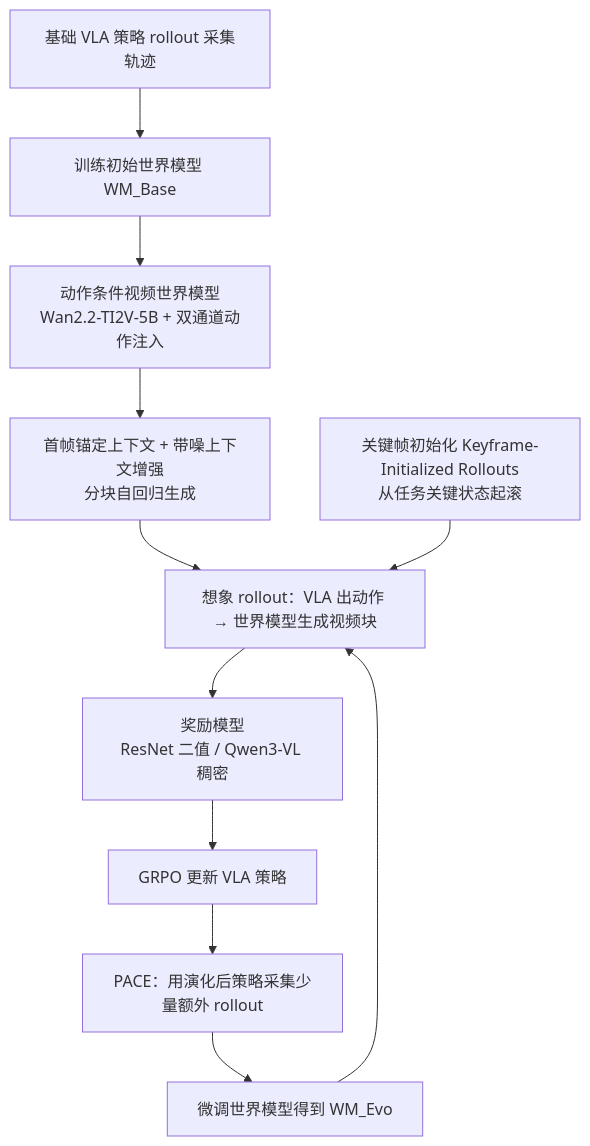
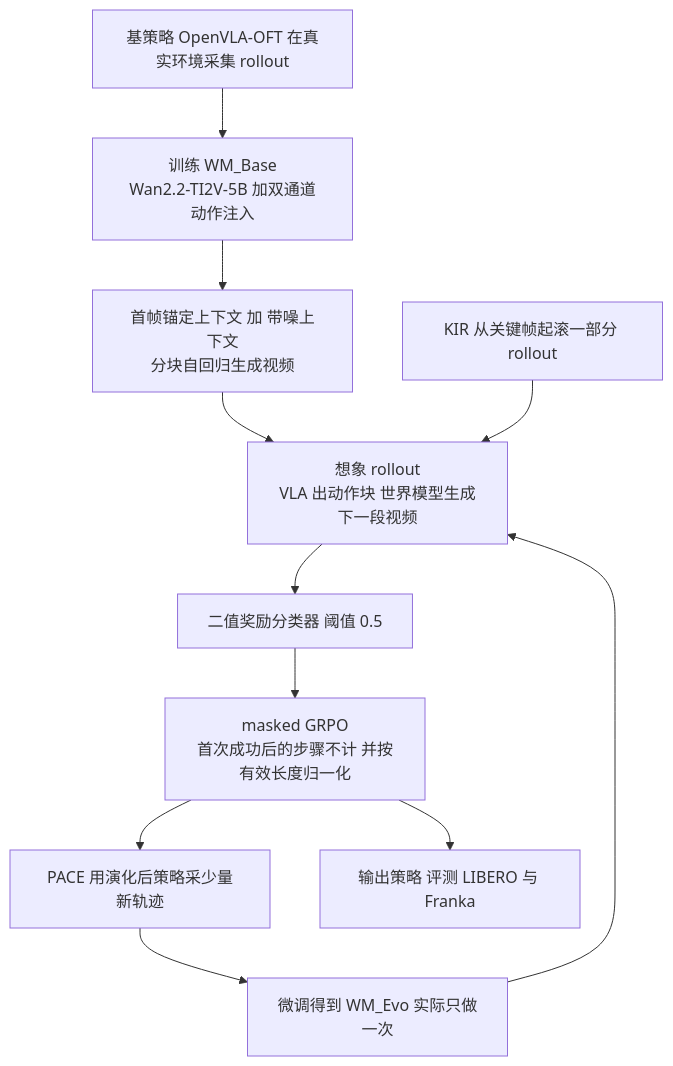
Before and after one commit to ImChong/Robotics_Notebooks: the diagram in wiki/entities/paper-rcl-2602-13977-wovr-world-models-as-reliable-simulators-for-pos.md, drawn with Mermaid. The commit also changed other lines of this file and 196 other files, not shown here.

````diff
--- a/wiki/entities/paper-rcl-2602-13977-wovr-world-models-as-reliable-simulators-for-pos.md
+++ b/wiki/entities/paper-rcl-2602-13977-wovr-world-models-as-reliable-simulators-for-pos.md
@@ -47,13 +64,13 @@
 ```mermaid
 flowchart TD
-    A["基础 VLA 策略 rollout 采集轨迹"] --> B["训练初始世界模型 WM_Base"]
-    B --> C["动作条件视频世界模型<br/>Wan2.2-TI2V-5B + 双通道动作注入"]
-    C --> D["首帧锚定上下文 + 带噪上下文增强<br/>分块自回归生成"]
-    D --> E["想象 rollout：VLA 出动作 → 世界模型生成视频块"]
-    K["关键帧初始化 Keyframe-Initialized Rollouts<br/>从任务关键状态起滚"] --> E
-    E --> R["奖励模型<br/>ResNet 二值 / Qwen3-VL 稠密"]
-    R --> G["GRPO 更新 VLA 策略"]
-    G --> H["PACE：用演化后策略采集少量额外 rollout"]
-    H --> I["微调世界模型得到 WM_Evo"]
-    I --> E
+    A["基策略 OpenVLA-OFT 在真实环境采集 rollout"] --> B["训练 WM_Base<br/>Wan2.2-TI2V-5B 加双通道动作注入"]
+    B --> C["首帧锚定上下文 加 带噪上下文<br/>分块自回归生成视频"]
+    C --> D["想象 rollout<br/>VLA 出动作块 世界模型生成下一段视频"]
+    K["KIR 从关键帧起滚一部分 rollout"] --> D
+    D --> R["二值奖励分类器 阈值 0.5"]
+    R --> G["masked GRPO<br/>首次成功后的步骤不计 并按有效长度归一化"]
+    G --> H["PACE 用演化后策略采少量新轨迹"]
+    H --> I["微调得到 WM_Evo 实际只做一次"]
+    I --> D
+    G --> O["输出策略 评测 LIBERO 与 Franka"]
 ```
````
